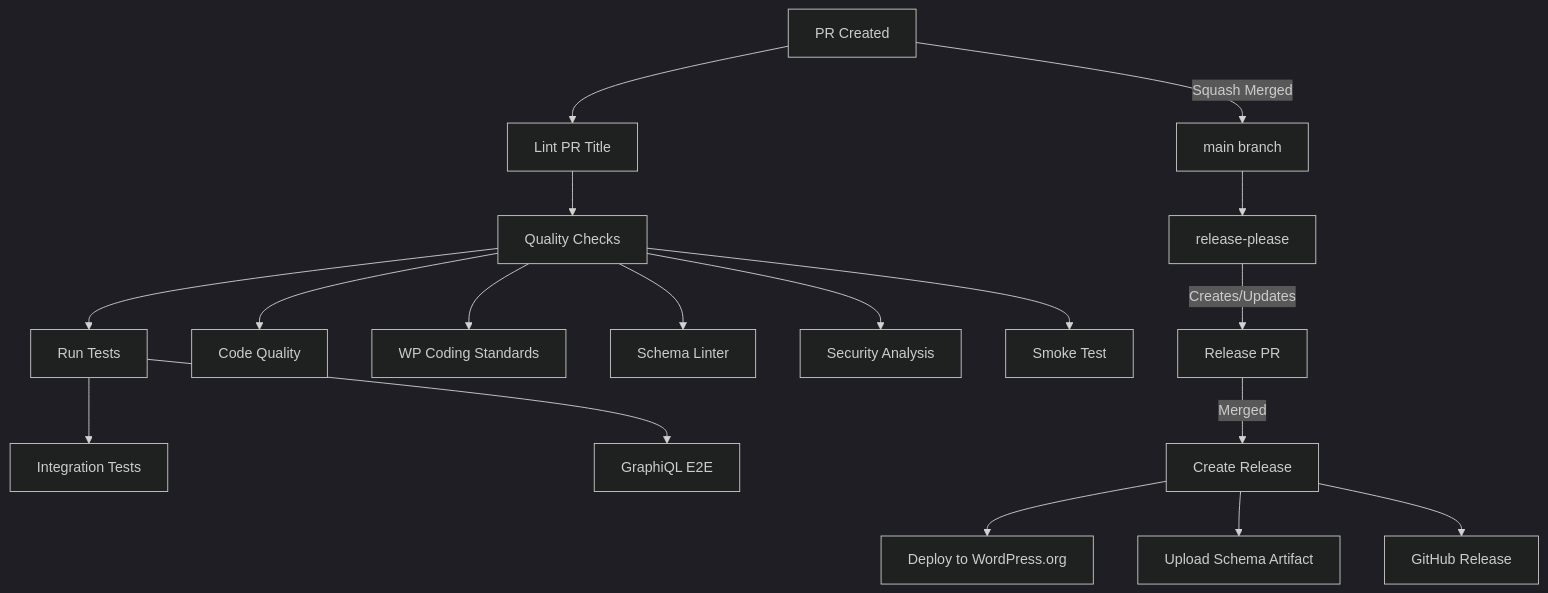
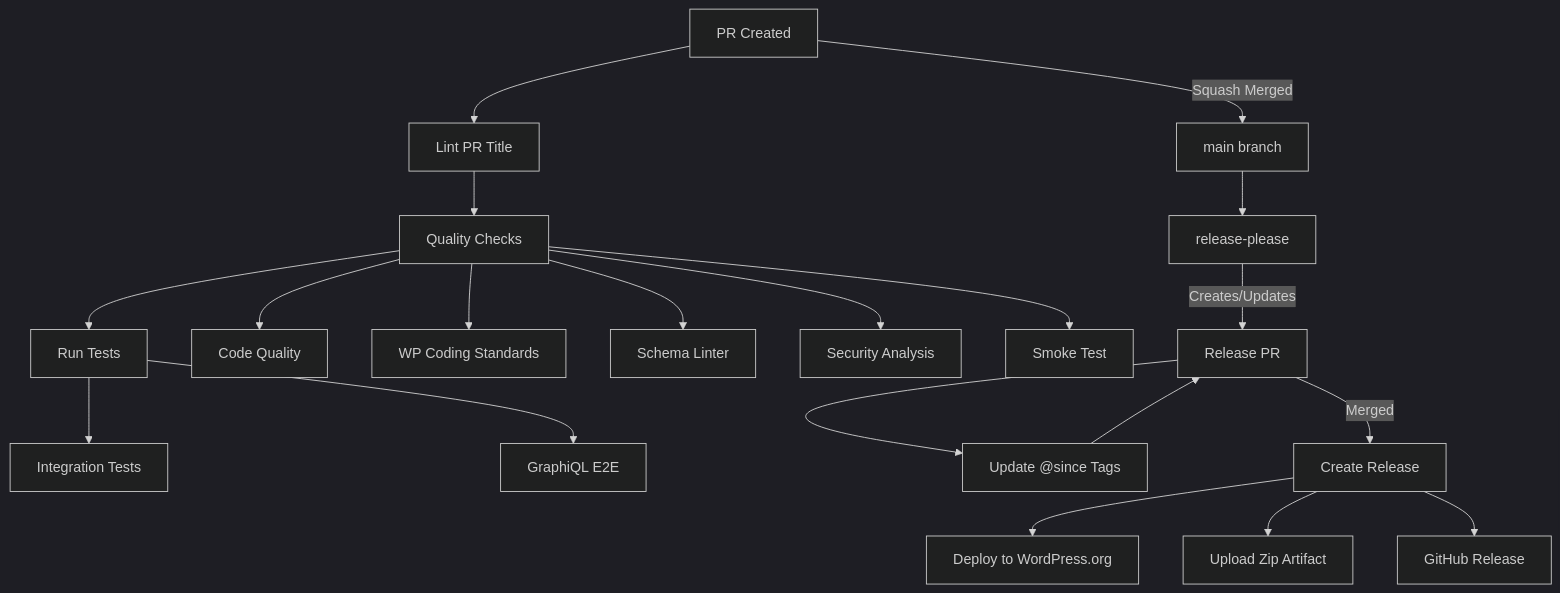
One commit to wp-graphql/wp-graphql changed the diagram in .github/workflows/README.md. Above: the diagram before and after it, drawn with Mermaid (dark theme). The commit also changed other lines of this file and 2 other files, not shown here.

First line of the commit message:
fix: update @since tags in Release PR before merge

````diff
--- a/.github/workflows/README.md
+++ b/.github/workflows/README.md
@@ -92,27 +100,29 @@
 ```mermaid
 flowchart TD
     %% PR Process
     PR[PR Created] --> LPR[Lint PR Title]
     LPR --> QA[Quality Checks]
     QA --> Tests[Run Tests]
 
     %% Quality Checks
     QA --> CQ[Code Quality]
     QA --> WCS[WP Coding Standards]
     QA --> SL[Schema Linter]
     QA --> SEC[Security Analysis]
     QA --> SM[Smoke Test]
 
     %% Tests
     Tests --> INT[Integration Tests]
     Tests --> E2E[GraphiQL E2E]
 
     %% Merge and Release
     PR --> |Squash Merged| MAIN[main branch]
     MAIN --> RP[release-please]
     RP --> |Creates/Updates| RPR[Release PR]
+    RPR --> SINCE[Update @since Tags]
+    SINCE --> RPR
     RPR --> |Merged| REL[Create Release]
     REL --> WO[Deploy to WordPress.org]
-    REL --> SA[Upload Schema Artifact]
+    REL --> ZIP[Upload Zip Artifact]
     REL --> GH[GitHub Release]
 ```
````
